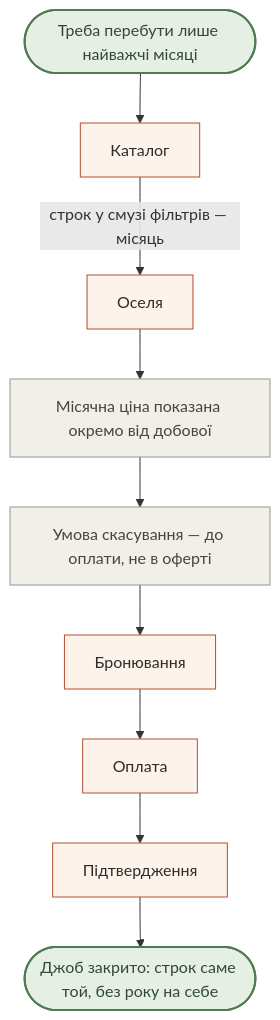
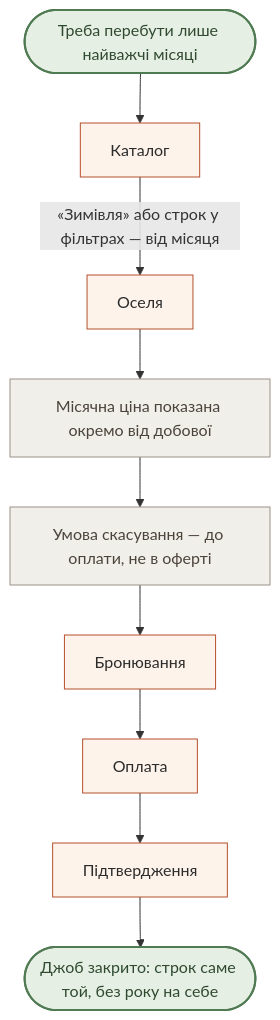
One commit to sofiya5395870-sys/khata-v-seli changed the fifth of 10 diagrams in ia/flows.md. Above: the diagram before and after it, drawn with Mermaid. The commit also changed other lines of this file and 3 other files, not shown here.

````diff
--- a/ia/flows.md
+++ b/ia/flows.md
@@ -214,18 +214,18 @@
 ```mermaid
 flowchart TD
     Start(["Треба перебути лише найважчі місяці"]) --> Cat["Каталог"]
-    Cat -->|строк у смузі фільтрів — місяць| House["Оселя"]
+    Cat -->|«Зимівля» або строк у фільтрах — від місяця| House["Оселя"]
     House --> Price["Місячна ціна показана окремо від добової"]
     Price --> Cancel["Умова скасування — до оплати, не в оферті"]
     Cancel --> Book["Бронювання"]
     Book --> Pay["Оплата"]
     Pay --> Conf["Підтвердження"]
     Conf --> Win(["Джоб закрито: строк саме той, без року на себе"])
 
     classDef screen fill:#fdf3ea,stroke:#b5502e,color:#2b2b2b
     classDef state fill:#f1efe9,stroke:#9a9287,color:#4a443c
     classDef win fill:#e6efe4,stroke:#4f7a52,stroke-width:2px,color:#2f4a31
     class Cat,House,Book,Pay,Conf screen
     class Price,Cancel state
     class Start,Win win
 ```
````
